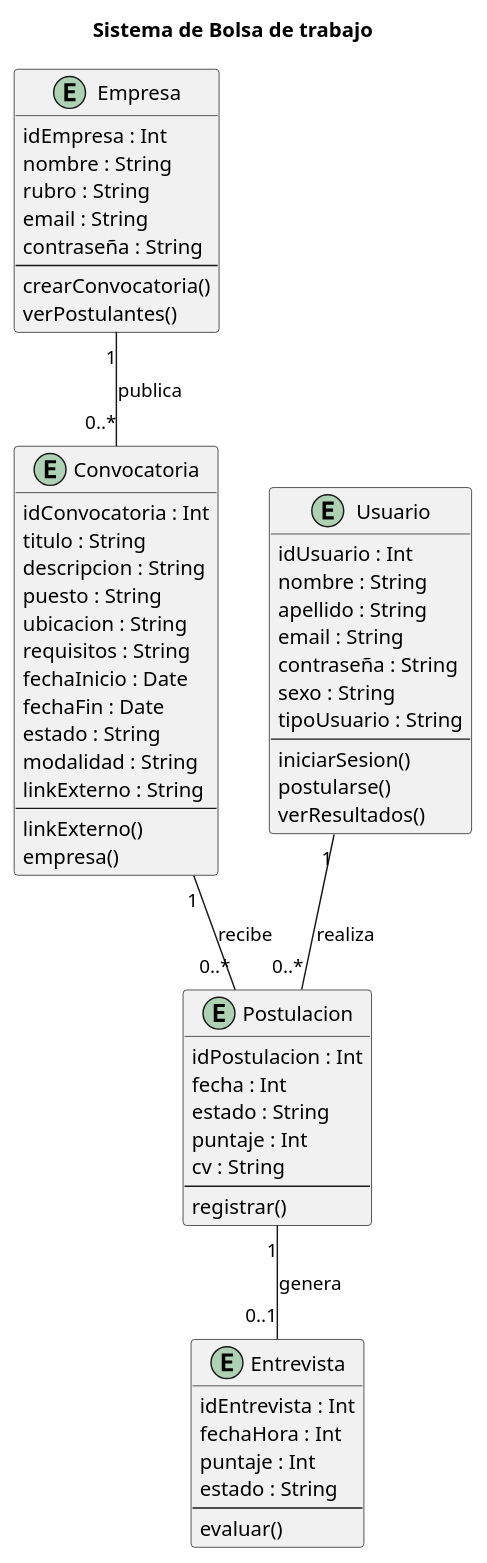
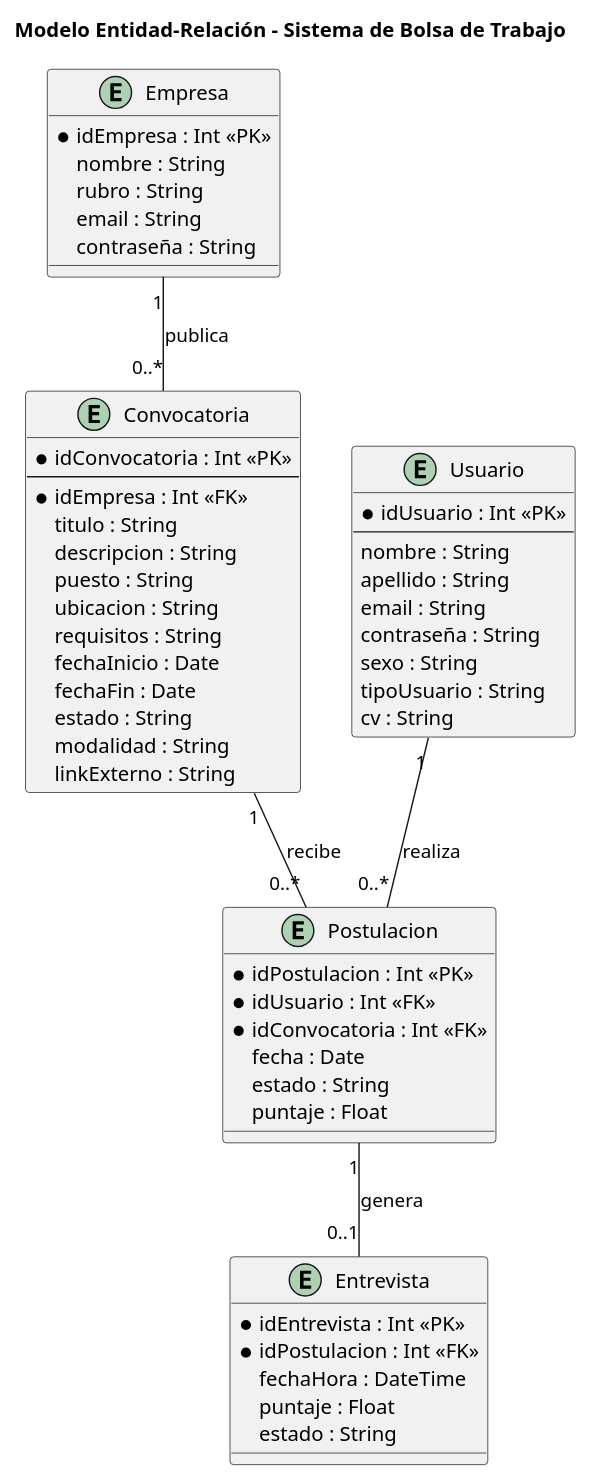
Before and after one commit to max022oran/eidas.grupo06-gestion-convocatorias-entrevistas-del-terciariourquiza: the diagram in diagramas/er.puml, drawn with PlantUML.

Commit message:
Refactor ER model for job board system

```diff
--- a/diagramas/er.puml
+++ b/diagramas/er.puml
@@ -1,78 +1,70 @@
 @startuml
-title Sistema de Bolsa de trabajo
+title Modelo Entidad-Relación - Sistema de Bolsa de Trabajo
 
 ' ======================================
 ' ENTIDADES
 ' ======================================
 
 entity "Empresa" as Empresa {
-  idEmpresa : Int
+* idEmpresa : Int <<PK>>
   nombre : String
   rubro : String
   email : String
   contraseña : String
-  --
-  crearConvocatoria()
-  verPostulantes()
 }
 
 entity "Usuario" as Usuario {
-  idUsuario : Int
+  * idUsuario : Int <<PK>>
+  --
   nombre : String
   apellido : String
   email : String
   contraseña : String
   sexo : String
   tipoUsuario : String
-  --
-  iniciarSesion()
-  postularse()
-  verResultados()
+  cv : String
 }
 
 entity "Convocatoria" as Convocatoria {
-  idConvocatoria : Int
+  * idConvocatoria : Int <<PK>>
+  --
+  * idEmpresa : Int <<FK>>
   titulo : String
   descripcion : String
   puesto : String
   ubicacion : String
   requisitos : String
   fechaInicio : Date
   fechaFin : Date
   estado : String
   modalidad : String
   linkExterno : String
-  --
-  linkExterno()
-  empresa()
 }
 
 entity "Postulacion" as Postulacion {
-  idPostulacion : Int
-  fecha : Int
+* idPostulacion : Int <<PK>>
+  * idUsuario : Int <<FK>>
+  * idConvocatoria : Int <<FK>>
+  fecha : Date
   estado : String
-  puntaje : Int
-  cv : String
-  --
-  registrar()
+  puntaje : Float
 }
 
 entity "Entrevista" as Entrevista {
-  idEntrevista : Int
-  fechaHora : Int
-  puntaje : Int
+  * idEntrevista : Int <<PK>>
+  * idPostulacion : Int <<FK>>
+  fechaHora : DateTime
+  puntaje : Float
   estado : String
-  --
-  evaluar()
 }
 
 ' ======================================
-' RELACIONES
+' RELACIONES Y CARDINALIDADES
 ' ======================================
 
 Empresa "1" -- "0..*" Convocatoria : publica
 Usuario "1" -- "0..*" Postulacion : realiza
 Convocatoria "1" -- "0..*" Postulacion : recibe
 Postulacion "1" -- "0..1" Entrevista : genera
 
 @enduml
```
